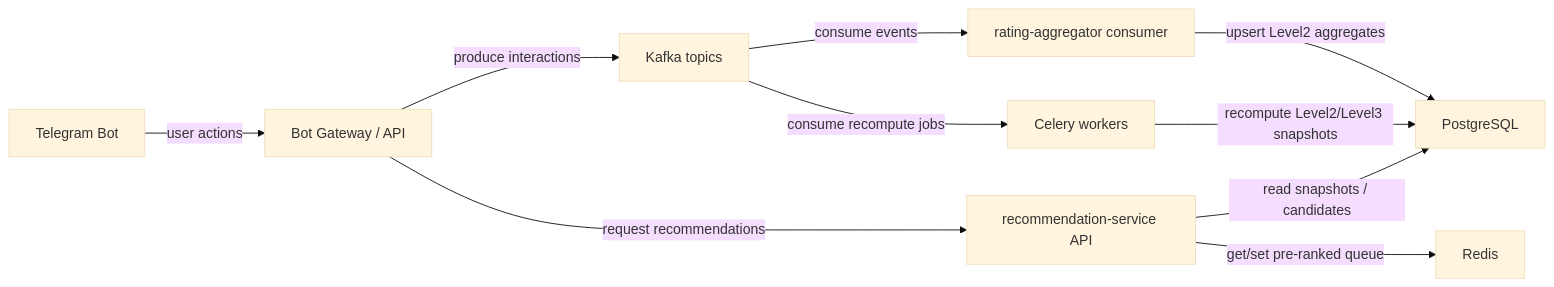
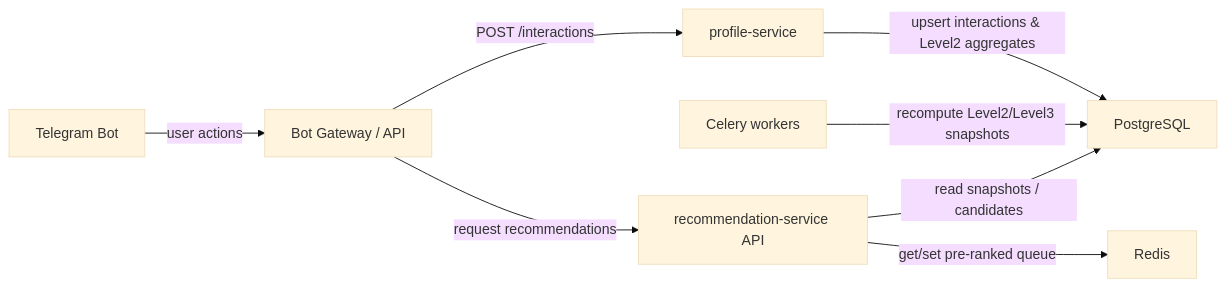
Before and after one commit to D4non/K0709-23-3-Pisarev: the diagram in README.md, drawn with Mermaid (base theme). The commit also changed other lines of this file and 28 other files, not shown here.

````diff
--- a/README.md
+++ b/README.md
@@ -52,14 +48,12 @@
 ```mermaid
 flowchart LR
   TgBot["Telegram Bot"] -->|user actions| BotGateway["Bot Gateway / API"]
-  BotGateway -->|produce interactions| Kafka["Kafka topics"]
-  Kafka -->|consume events| RatingConsumer["rating-aggregator consumer"]
+  BotGateway -->|POST /interactions| ProfileService["profile-service"]
+  ProfileService -->|upsert interactions & Level2 aggregates| Postgres["PostgreSQL"]
 
-  RatingConsumer -->|upsert Level2 aggregates| Postgres["PostgreSQL"]
-  Kafka -->|consume recompute jobs| CeleryWorkers["Celery workers"]
-  CeleryWorkers -->|recompute Level2/Level3 snapshots| Postgres
+  CeleryWorkers["Celery workers"] -->|recompute Level2/Level3 snapshots| Postgres
 
   BotGateway -->|request recommendations| RecoAPI["recommendation-service API"]
   RecoAPI -->|read snapshots / candidates| Postgres
   RecoAPI -->|get/set pre-ranked queue| Redis["Redis"]
 ```
````
